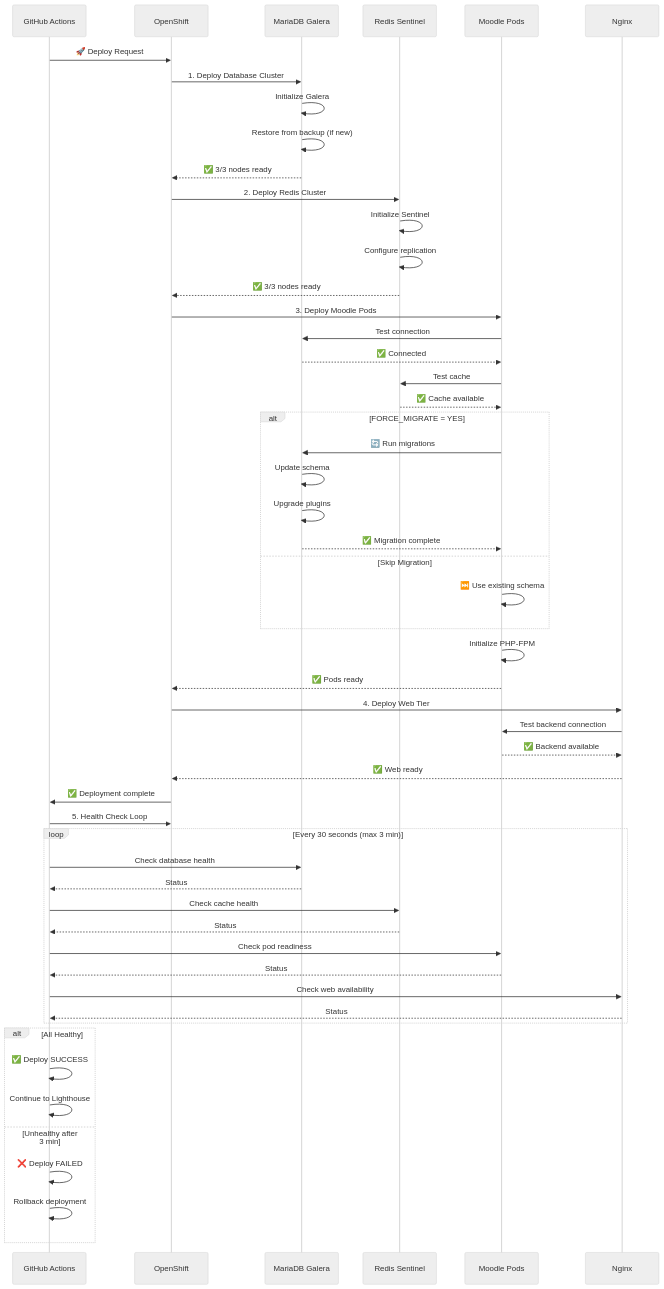
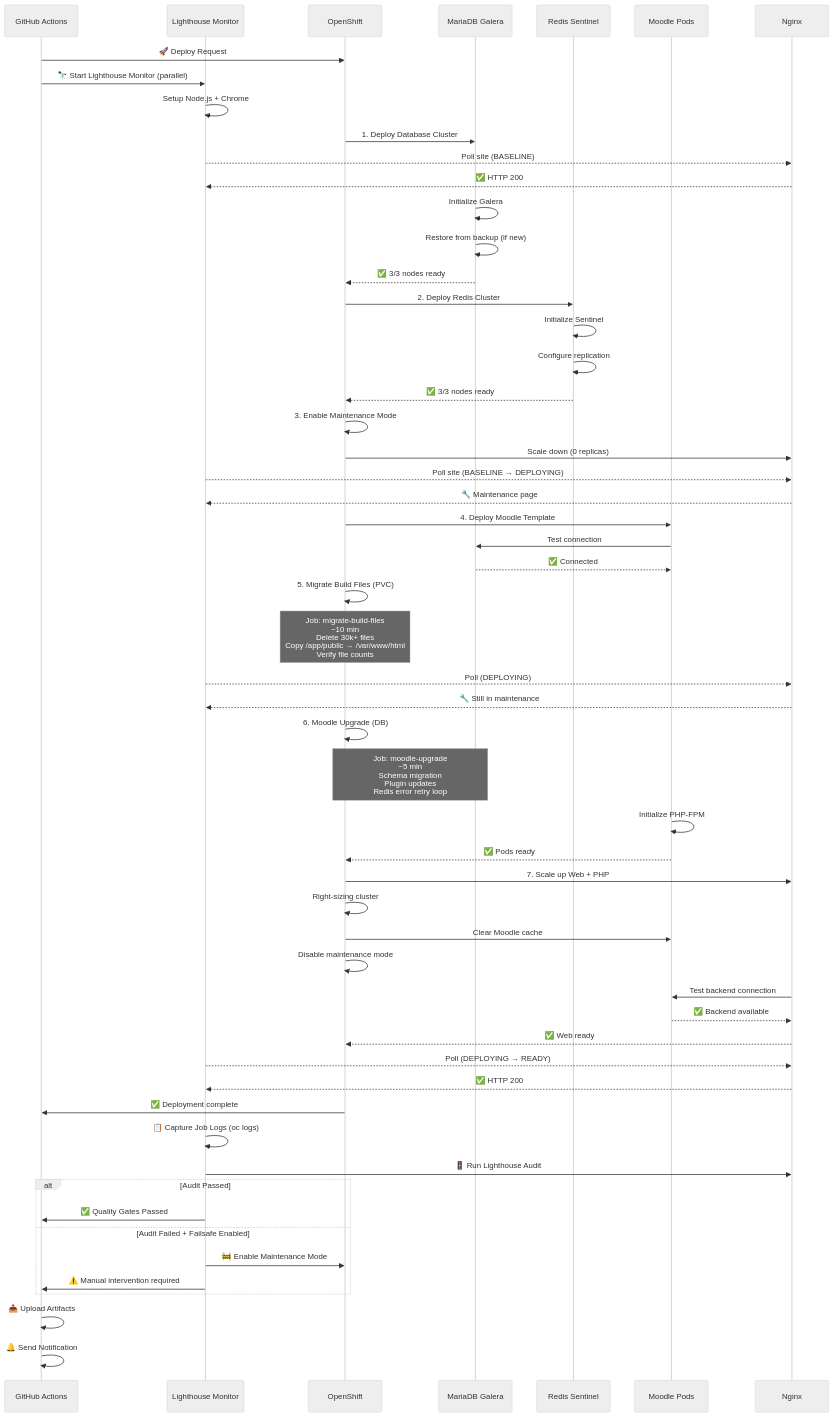
Before and after one commit to bcgov/moodle-nginx: the sixth of 7 diagrams in .docs/diagrams/build-deployment-flow.md, drawn with Mermaid (neutral theme). The commit also changed other lines of this file and 10 other files, not shown here.

````diff
--- a/.docs/diagrams/build-deployment-flow.md
+++ b/.docs/diagrams/build-deployment-flow.md
@@ -365,67 +376,73 @@
 ```mermaid
 sequenceDiagram
     participant GH as GitHub Actions
+    participant LH as Lighthouse Monitor
     participant OS as OpenShift
     participant DB as MariaDB Galera
     participant Redis as Redis Sentinel
     participant App as Moodle Pods
     participant Web as Nginx
 
     GH->>OS: 🚀 Deploy Request
+    GH->>LH: 🔭 Start Lighthouse Monitor (parallel)
+    LH->>LH: Setup Node.js + Chrome
 
     OS->>DB: 1. Deploy Database Cluster
+    LH-->>Web: Poll site (BASELINE)
+    Web-->>LH: ✅ HTTP 200
     DB->>DB: Initialize Galera
     DB->>DB: Restore from backup (if new)
     DB-->>OS: ✅ 3/3 nodes ready
 
     OS->>Redis: 2. Deploy Redis Cluster
     Redis->>Redis: Initialize Sentinel
     Redis->>Redis: Configure replication
     Redis-->>OS: ✅ 3/3 nodes ready
 
-    OS->>App: 3. Deploy Moodle Pods
+    OS->>OS: 3. Enable Maintenance Mode
+    OS->>Web: Scale down (0 replicas)
+    LH-->>Web: Poll site (BASELINE → DEPLOYING)
+    Web-->>LH: 🔧 Maintenance page
+
+    OS->>App: 4. Deploy Moodle Template
     App->>DB: Test connection
     DB-->>App: ✅ Connected
-    App->>Redis: Test cache
-    Redis-->>App: ✅ Cache available
 
-    alt FORCE_MIGRATE = YES
-        App->>DB: 🔄 Run migrations
-        DB->>DB: Update schema
-        DB->>DB: Upgrade plugins
-        DB-->>App: ✅ Migration complete
-    else Skip Migration
-        App->>App: ⏭️ Use existing schema
-    end
+    OS->>OS: 5. Migrate Build Files (PVC)
+    Note over OS: Job: migrate-build-files<br/>~10 min<br/>Delete 30k+ files<br/>Copy /app/public → /var/www/html<br/>Verify file counts
+
+    LH-->>Web: Poll (DEPLOYING)
+    Web-->>LH: 🔧 Still in maintenance
+
+    OS->>OS: 6. Moodle Upgrade (DB)
+    Note over OS,DB: Job: moodle-upgrade<br/>~5 min<br/>Schema migration<br/>Plugin updates<br/>Redis error retry loop
 
     App->>App: Initialize PHP-FPM
     App-->>OS: ✅ Pods ready
 
-    OS->>Web: 4. Deploy Web Tier
+    OS->>Web: 7. Scale up Web + PHP
+    OS->>OS: Right-sizing cluster
+    OS->>App: Clear Moodle cache
+    OS->>OS: Disable maintenance mode
     Web->>App: Test backend connection
     App-->>Web: ✅ Backend available
     Web-->>OS: ✅ Web ready
 
+    LH-->>Web: Poll (DEPLOYING → READY)
+    Web-->>LH: ✅ HTTP 200
+
     OS->>GH: ✅ Deployment complete
 
-    GH->>OS: 5. Health Check Loop
+    LH->>LH: 📋 Capture Job Logs (oc logs)
+    LH->>Web: 🚦 Run Lighthouse Audit
 
-    loop Every 30 seconds (max 3 min)
-        GH->>DB: Check database health
-        DB-->>GH: Status
-        GH->>Redis: Check cache health
-        Redis-->>GH: Status
-        GH->>App: Check pod readiness
-        App-->>GH: Status
-        GH->>Web: Check web availability
-        Web-->>GH: Status
+    alt Audit Passed
+        LH->>GH: ✅ Quality Gates Passed
+    else Audit Failed + Failsafe Enabled
+        LH->>OS: 🚧 Enable Maintenance Mode
+        LH->>GH: ⚠️ Manual intervention required
     end
 
-    alt All Healthy
-        GH->>GH: ✅ Deploy SUCCESS
-        GH->>GH: Continue to Lighthouse
-    else Unhealthy after 3 min
-        GH->>GH: ❌ Deploy FAILED
-        GH->>GH: Rollback deployment
-    end
+    GH->>GH: 📤 Upload Artifacts
+    GH->>GH: 🔔 Send Notification
 ```
````
